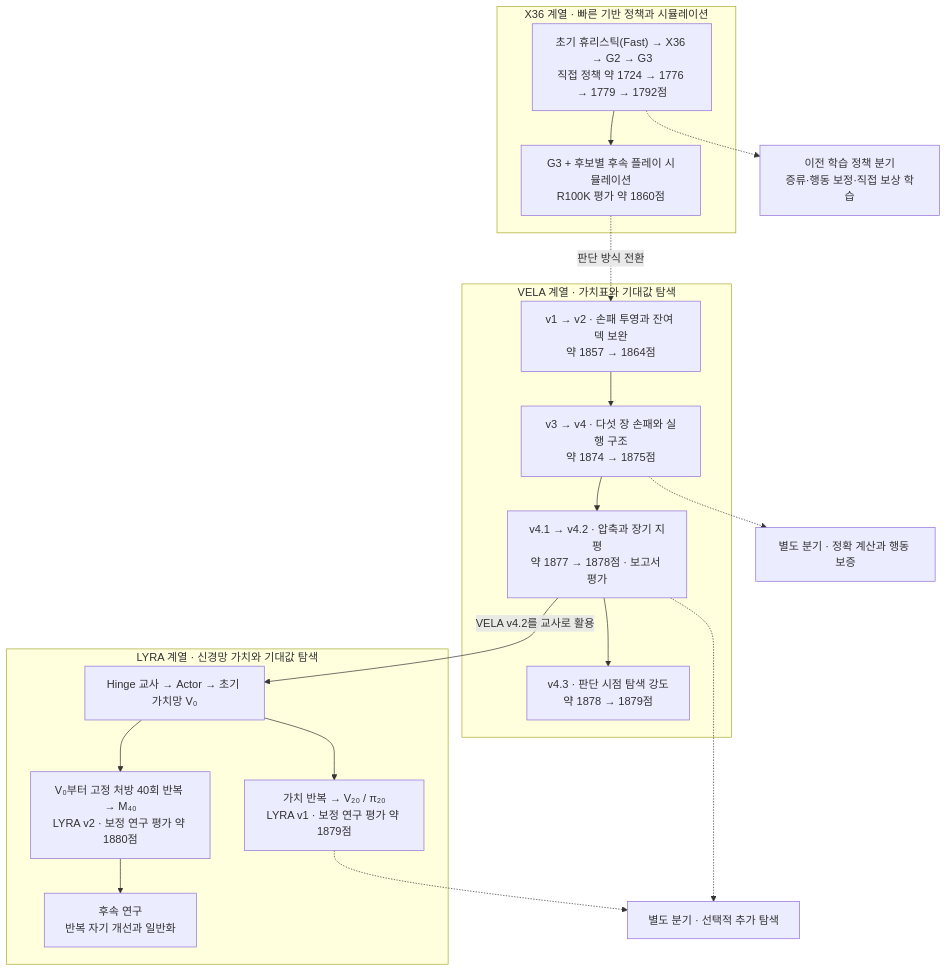
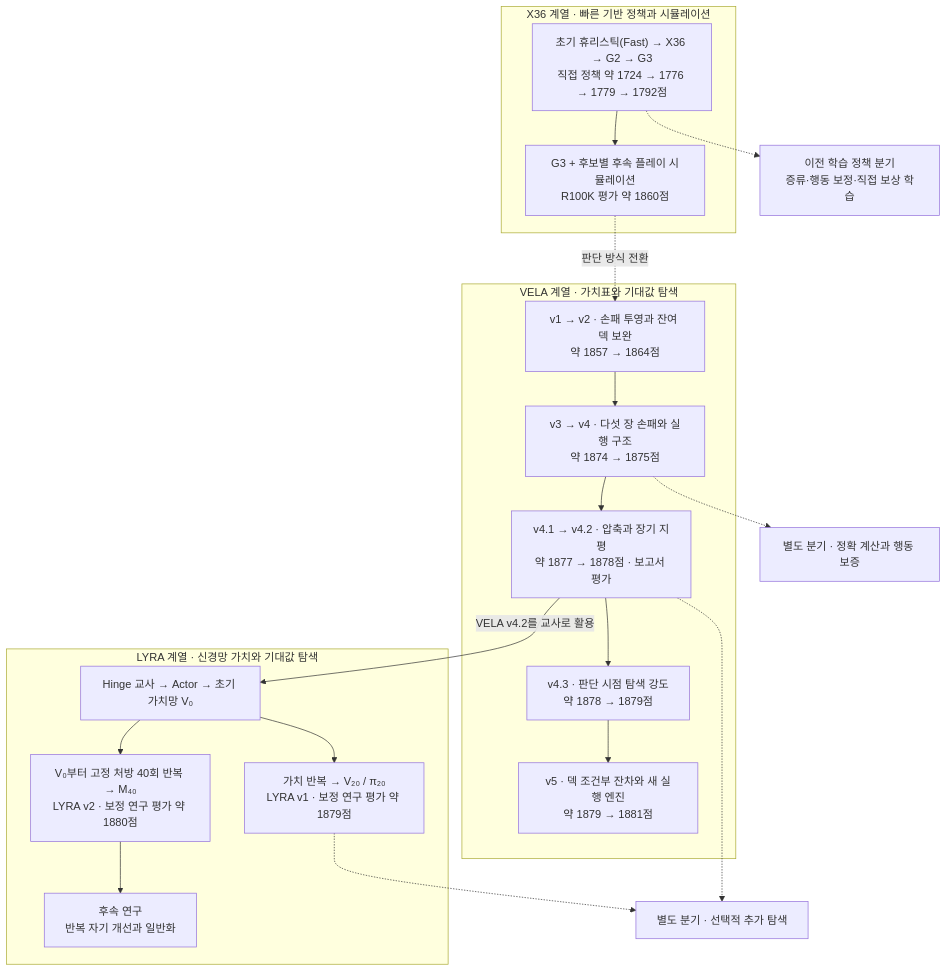
One commit to alfm201/adventure changed the diagram in research/README.ko.md. Above: the diagram before and after it, drawn with Mermaid. The commit also changed other lines of this file and 46 other files, not shown here.

````diff
--- a/research/README.ko.md
+++ b/research/README.ko.md
@@ -22,29 +20,30 @@
 ```mermaid
 flowchart TD
     subgraph X["X36 계열 · 빠른 기반 정책과 시뮬레이션"]
         X0["초기 휴리스틱(Fast) → X36 → G2 → G3<br/>직접 정책 약 1724 → 1776 → 1779 → 1792점"]
         X1["G3 + 후보별 후속 플레이 시뮬레이션<br/>R100K 평가 약 1860점"]
         X0 --> X1
     end
     subgraph V["VELA 계열 · 가치표와 기대값 탐색"]
         V1["v1 → v2 · 손패 투영과 잔여 덱 보완<br/>약 1857 → 1864점"]
         V2["v3 → v4 · 다섯 장 손패와 실행 구조<br/>약 1874 → 1875점"]
         V3["v4.1 → v4.2 · 압축과 장기 지평<br/>약 1877 → 1878점 · 보고서 평가"]
         V4["v4.3 · 판단 시점 탐색 강도<br/>약 1878 → 1879점"]
-        V1 --> V2 --> V3 --> V4
+        V5["v5 · 덱 조건부 잔차와 새 실행 엔진<br/>약 1879 → 1881점"]
+        V1 --> V2 --> V3 --> V4 --> V5
     end
     subgraph L["LYRA 계열 · 신경망 가치와 기대값 탐색"]
         L0["Hinge 교사 → Actor → 초기 가치망 V₀"]
         L1["가치 반복 → V₂₀ / π₂₀<br/>LYRA v1 · 보정 연구 평가 약 1879점"]
         L3["V₀부터 고정 처방 40회 반복 → M₄₀<br/>LYRA v2 · 보정 연구 평가 약 1880점"]
         L2["후속 연구<br/>반복 자기 개선과 일반화"]
         L0 --> L1
         L0 --> L3 --> L2
     end
     X1 -. "판단 방식 전환" .-> V1
     X0 -.-> N["이전 학습 정책 분기<br/>증류·행동 보정·직접 보상 학습"]
     V3 -->|"VELA v4.2를 교사로 활용"| L0
     V2 -.-> E["별도 분기 · 정확 계산과 행동 보증"]
     V3 -.-> S["별도 분기 · 선택적 추가 탐색"]
     L1 -.-> S
 ```
````
